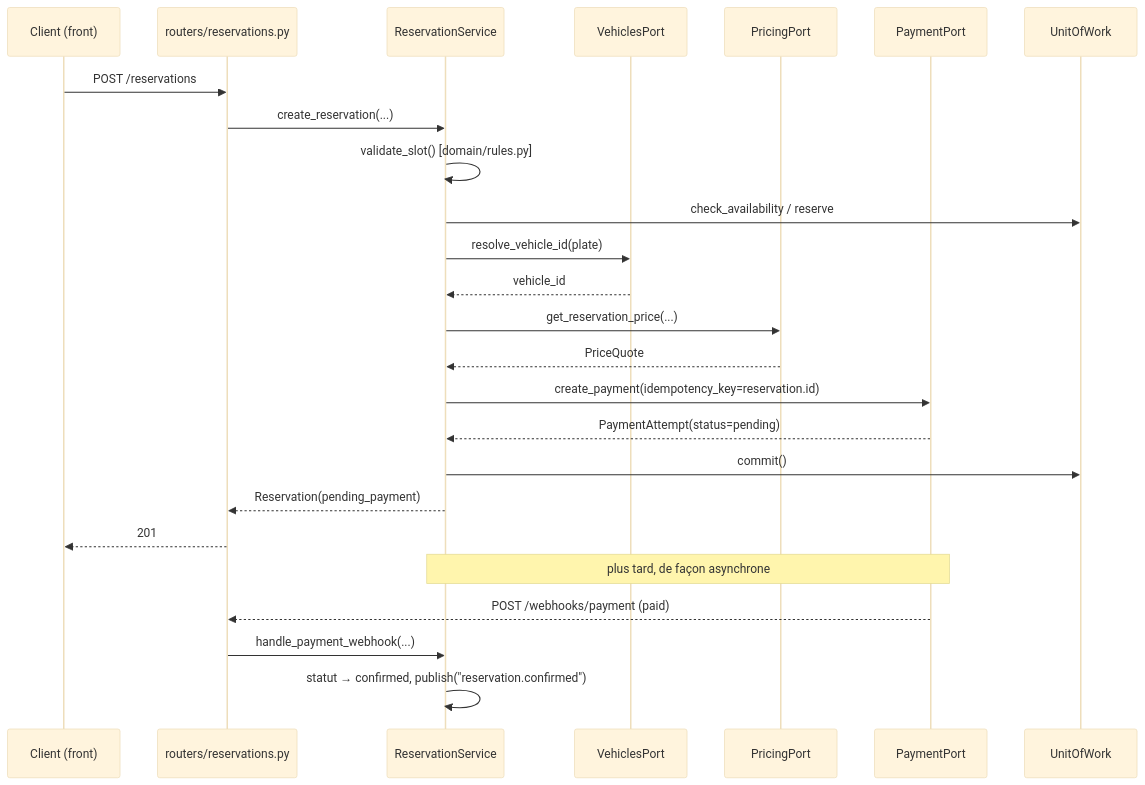
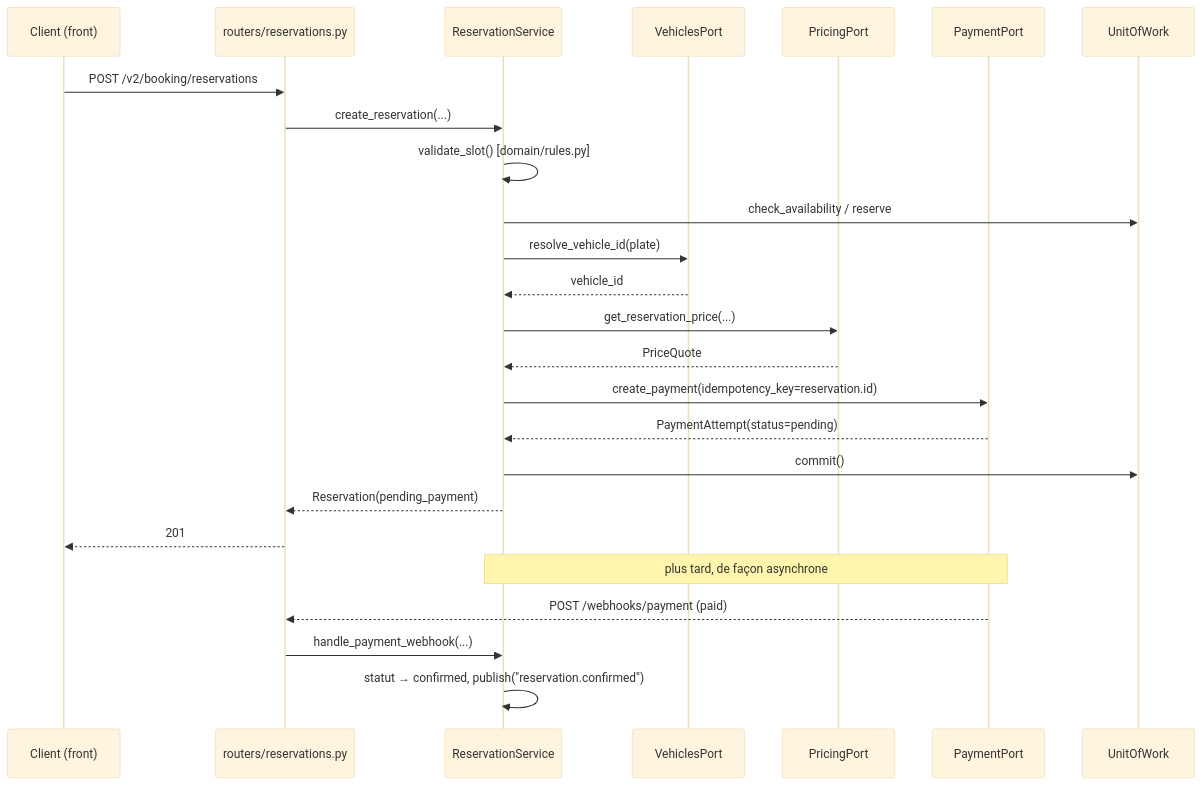
One commit to Yanom-school-projects/M1-Projet-Architecture-Booking changed the fourth of 5 diagrams in docs/booking_architecture.md. Above: the diagram before and after it, drawn with Mermaid (base theme). The commit also changed other lines of this file and 9 other files, not shown here.

````diff
--- a/docs/booking_architecture.md
+++ b/docs/booking_architecture.md
@@ -298,28 +298,28 @@
 ```mermaid
 sequenceDiagram
     participant C as Client (front)
     participant R as routers/reservations.py
     participant S as ReservationService
     participant V as VehiclesPort
     participant Pr as PricingPort
     participant Pa as PaymentPort
     participant U as UnitOfWork
 
-    C->>R: POST /reservations
+    C->>R: POST /v2/booking/reservations
     R->>S: create_reservation(...)
     S->>S: validate_slot() [domain/rules.py]
     S->>U: check_availability / reserve
     S->>V: resolve_vehicle_id(plate)
     V-->>S: vehicle_id
     S->>Pr: get_reservation_price(...)
     Pr-->>S: PriceQuote
     S->>Pa: create_payment(idempotency_key=reservation.id)
     Pa-->>S: PaymentAttempt(status=pending)
     S->>U: commit()
     S-->>R: Reservation(pending_payment)
     R-->>C: 201
     Note over Pa,S: plus tard, de façon asynchrone
     Pa-->>R: POST /webhooks/payment (paid)
     R->>S: handle_payment_webhook(...)
     S->>S: statut → confirmed, publish("reservation.confirmed")
 ```
````
